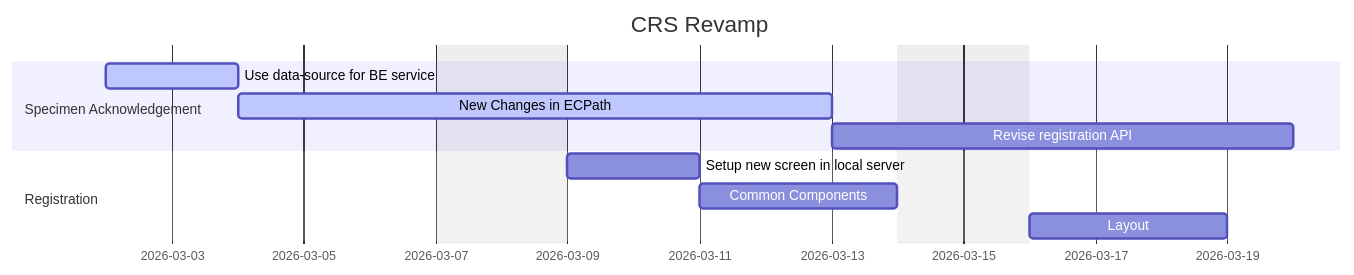
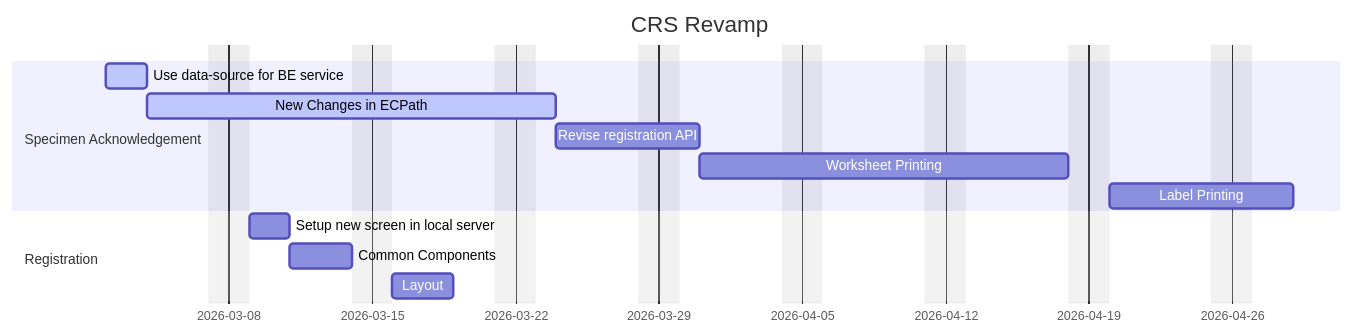
The diagram in LIS/Project Plans/CRS Revamp.md (DragonChong/HA-Notes), drawn with Mermaid before and after one commit.

Commit message:
vault backup: 2026-03-13 09:43:26

````diff
--- a/LIS/Project Plans/CRS Revamp.md
+++ b/LIS/Project Plans/CRS Revamp.md
@@ -2,17 +2,19 @@
 ```mermaid
 gantt
     dateFormat  YYYY-MM-DD
     title       CRS Revamp
     excludes    weekends
     %% (`excludes` accepts specific dates in YYYY-MM-DD format, days of the week ("sunday") or "weekends", but not the word "weekdays".)
 
     section Specimen Acknowledgement
     Use data-source for BE service      :active,  des1, 2026-03-02, 2d
-    New Changes in ECPath               :active,  des2, 2026-03-04, 7d
-    Revise registration API             :  des3, after des2, 5d
+    New Changes in ECPath               :active,  des2, 2026-03-04, 14d
+    Revise registration API             : 5d
+    Worksheet Printing                  : 2w
+    Label Printing                      : 1w
 
     section Registration
     Setup new screen in local server    :         des1, 2026-03-09, 2d
     Common Components:                  :         des2, after des1, 3d
     Layout                              : 3d
 ```
````
